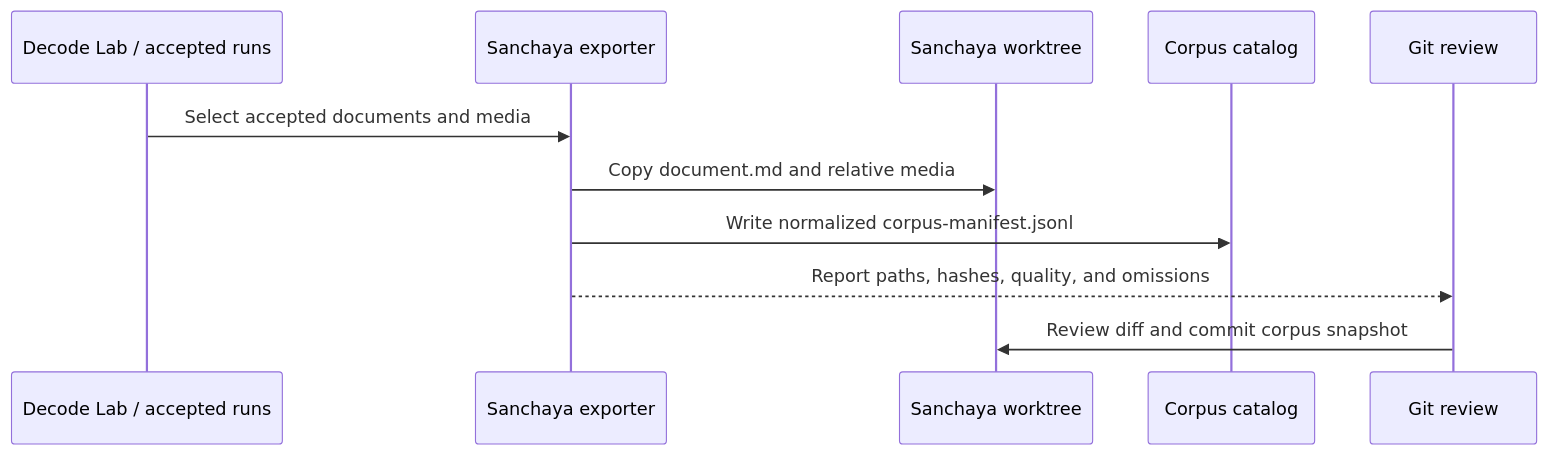
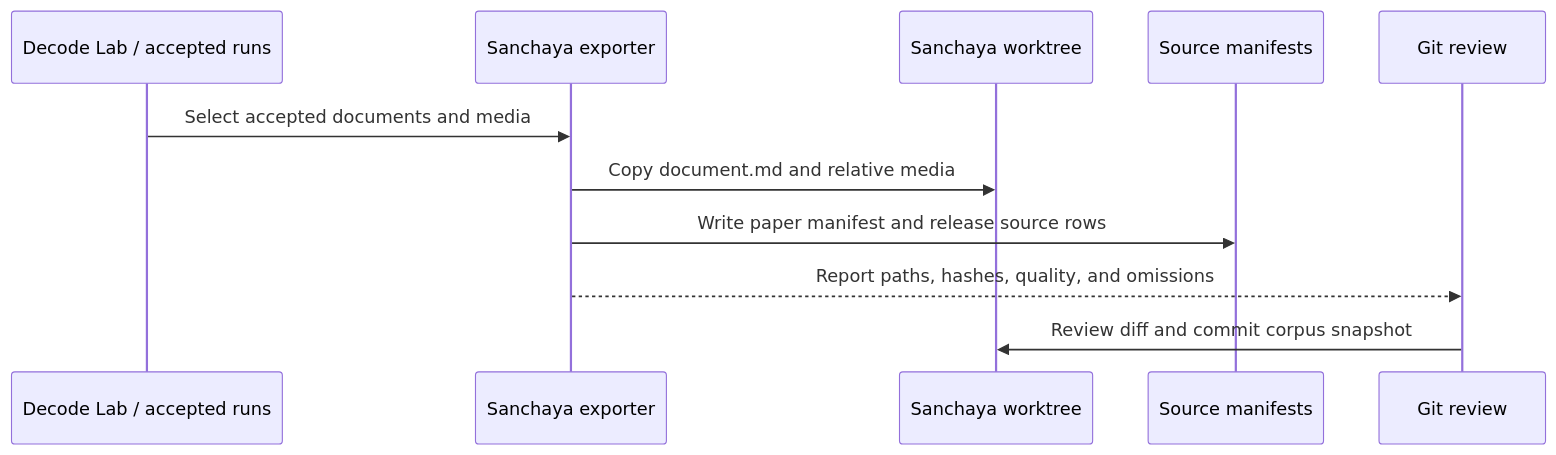
The first of 6 diagrams in docs/iscls/architecture.md (suchakr/patra-darpan), drawn with Mermaid before and after one commit. The commit also changed other lines of this file and 30 other files, not shown here.

````diff
--- a/docs/iscls/architecture.md
+++ b/docs/iscls/architecture.md
@@ -296,14 +308,14 @@
 ```mermaid
 sequenceDiagram
     participant D as Decode Lab / accepted runs
     participant X as Sanchaya exporter
     participant W as Sanchaya worktree
-    participant C as Corpus catalog
+    participant C as Source manifests
     participant G as Git review
 
     D->>X: Select accepted documents and media
     X->>W: Copy document.md and relative media
-    X->>C: Write normalized corpus-manifest.jsonl
+    X->>C: Write paper manifest and release source rows
     X-->>G: Report paths, hashes, quality, and omissions
     G->>W: Review diff and commit corpus snapshot
 ```
````
